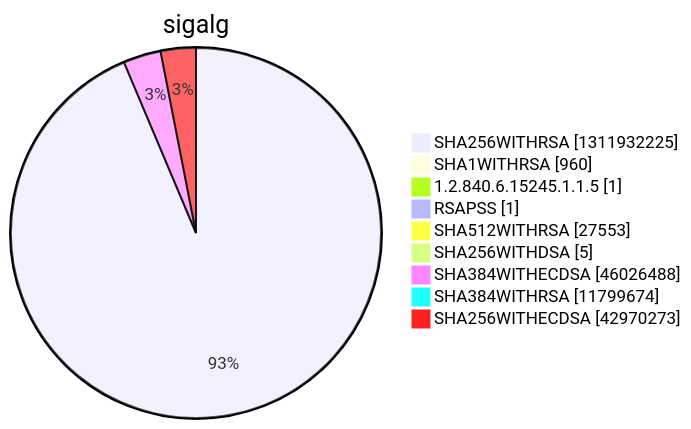
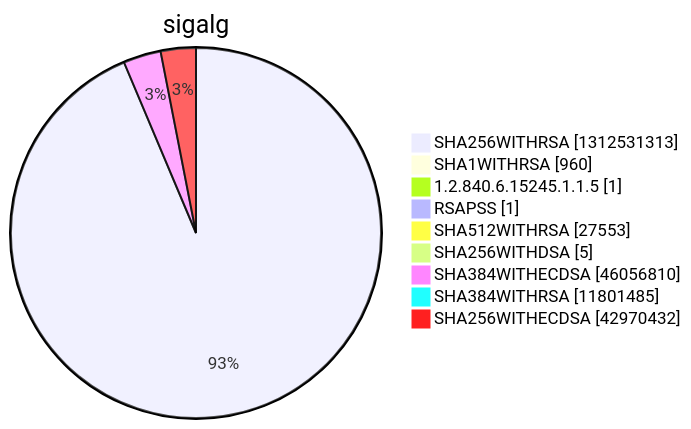
Diagram 15 of 15 in argon2022/README.md (christiankrug/ctmonitor_visualization), drawn with Mermaid before and after one commit. The commit also changed other lines of this file, not shown here.

````diff
--- a/argon2022/README.md
+++ b/argon2022/README.md
@@ -5523,13 +5523,13 @@
 ```mermaid
 pie showData
 title sigalg
-"SHA256WITHRSA" :1311932225
+"SHA256WITHRSA" :1312531313
 "SHA1WITHRSA" :960
 "1.2.840.6.15245.1.1.5" :1
 "RSAPSS" :1
 "SHA512WITHRSA" :27553
 "SHA256WITHDSA" :5
-"SHA384WITHECDSA" :46026488
-"SHA384WITHRSA" :11799674
-"SHA256WITHECDSA" :42970273
+"SHA384WITHECDSA" :46056810
+"SHA384WITHRSA" :11801485
+"SHA256WITHECDSA" :42970432
 ```
````
